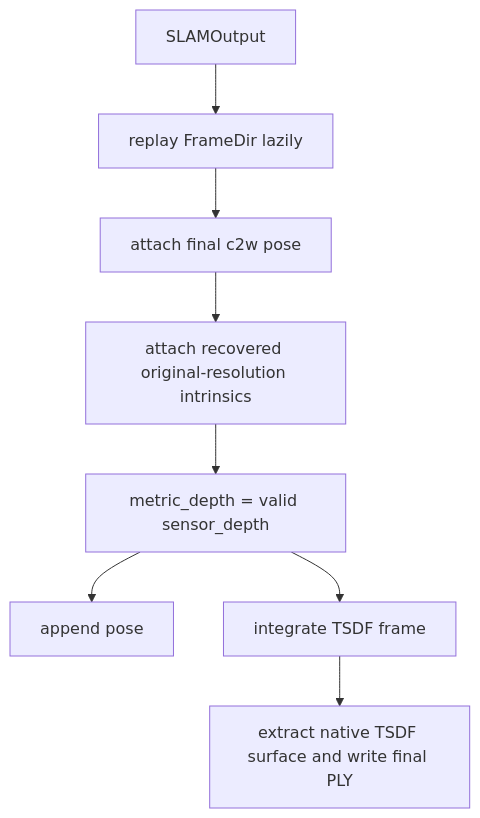
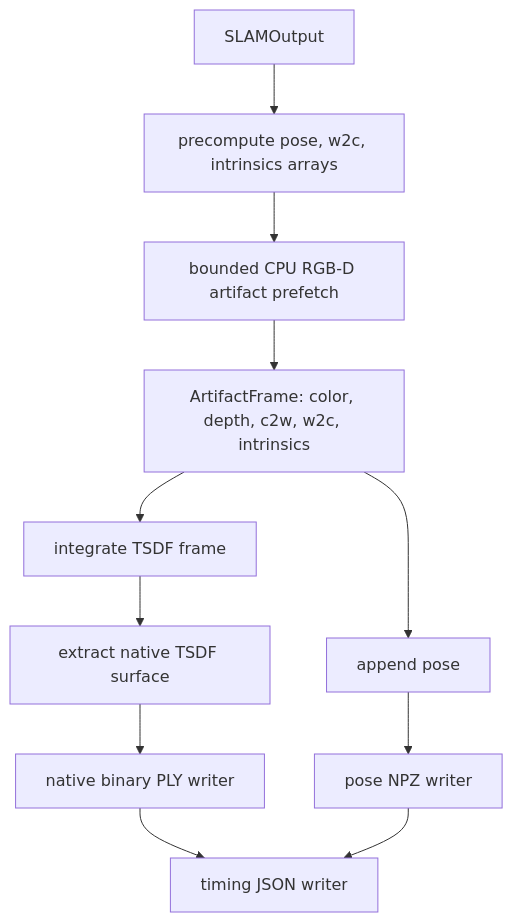
The fifth of 5 diagrams in fullexplain.md (sadanand1120/vipe), drawn with Mermaid before and after one commit. The commit also changed other lines of this file and 20 other files, not shown here.

First line of the commit message:
Speed up TSDF exports and benchmark timing

````diff
--- a/fullexplain.md
+++ b/fullexplain.md
@@ -795,10 +795,13 @@
 ```mermaid
 flowchart TD
-    A[SLAMOutput] --> B[replay FrameDir lazily]
-    B --> C[attach final c2w pose]
-    C --> D[attach recovered original-resolution intrinsics]
-    D --> E[metric_depth = valid sensor_depth]
-    E --> F[append pose]
-    E --> G[integrate TSDF frame]
-    G --> H[extract native TSDF surface and write final PLY]
+    A[SLAMOutput] --> B[precompute pose, w2c, intrinsics arrays]
+    B --> C[bounded CPU RGB-D artifact prefetch]
+    C --> D[ArtifactFrame: color, depth, c2w, w2c, intrinsics]
+    D --> E[append pose]
+    D --> F[integrate TSDF frame]
+    F --> G[extract native TSDF surface]
+    G --> H[native binary PLY writer]
+    E --> I[pose NPZ writer]
+    H --> J[timing JSON writer]
+    I --> J
 ```
````
